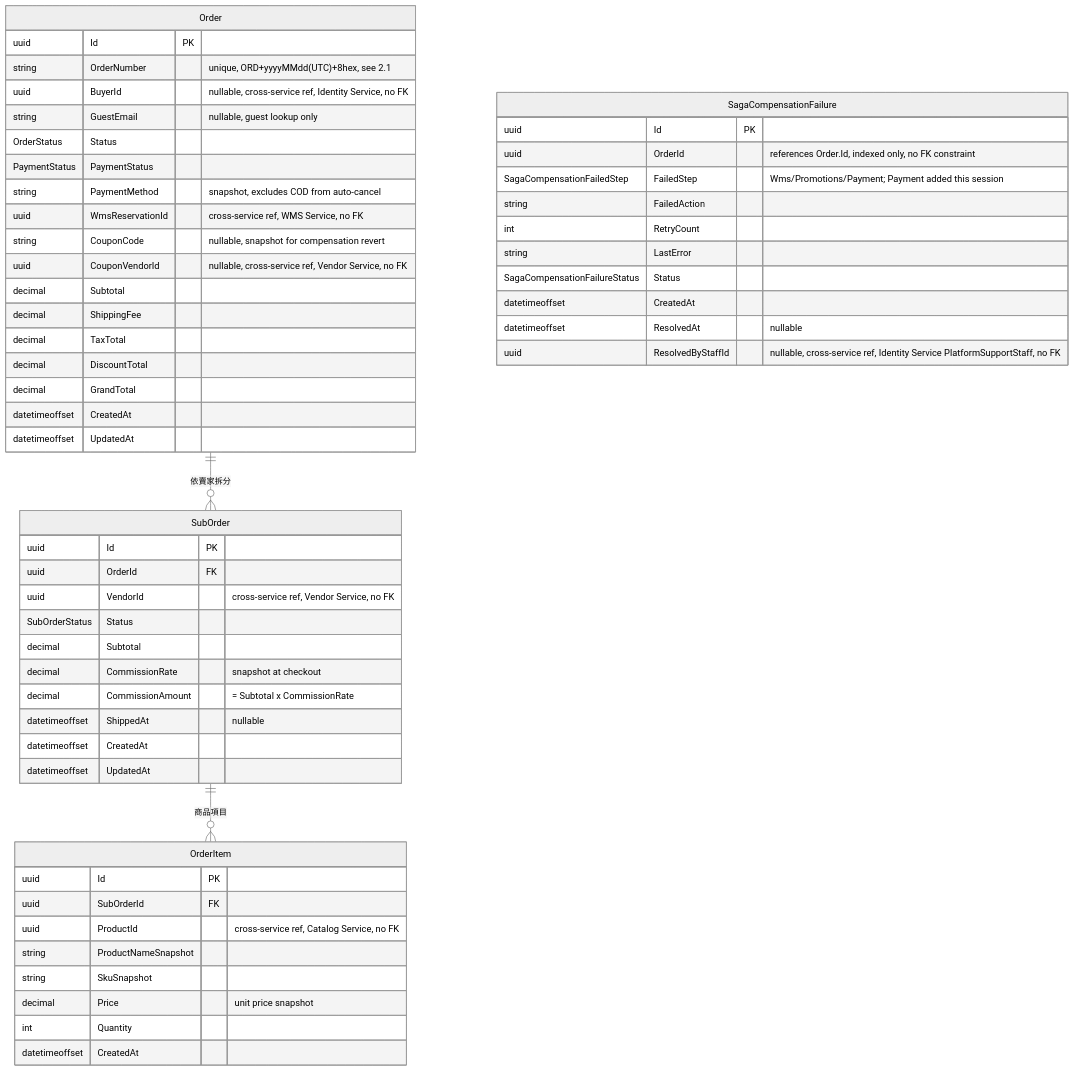
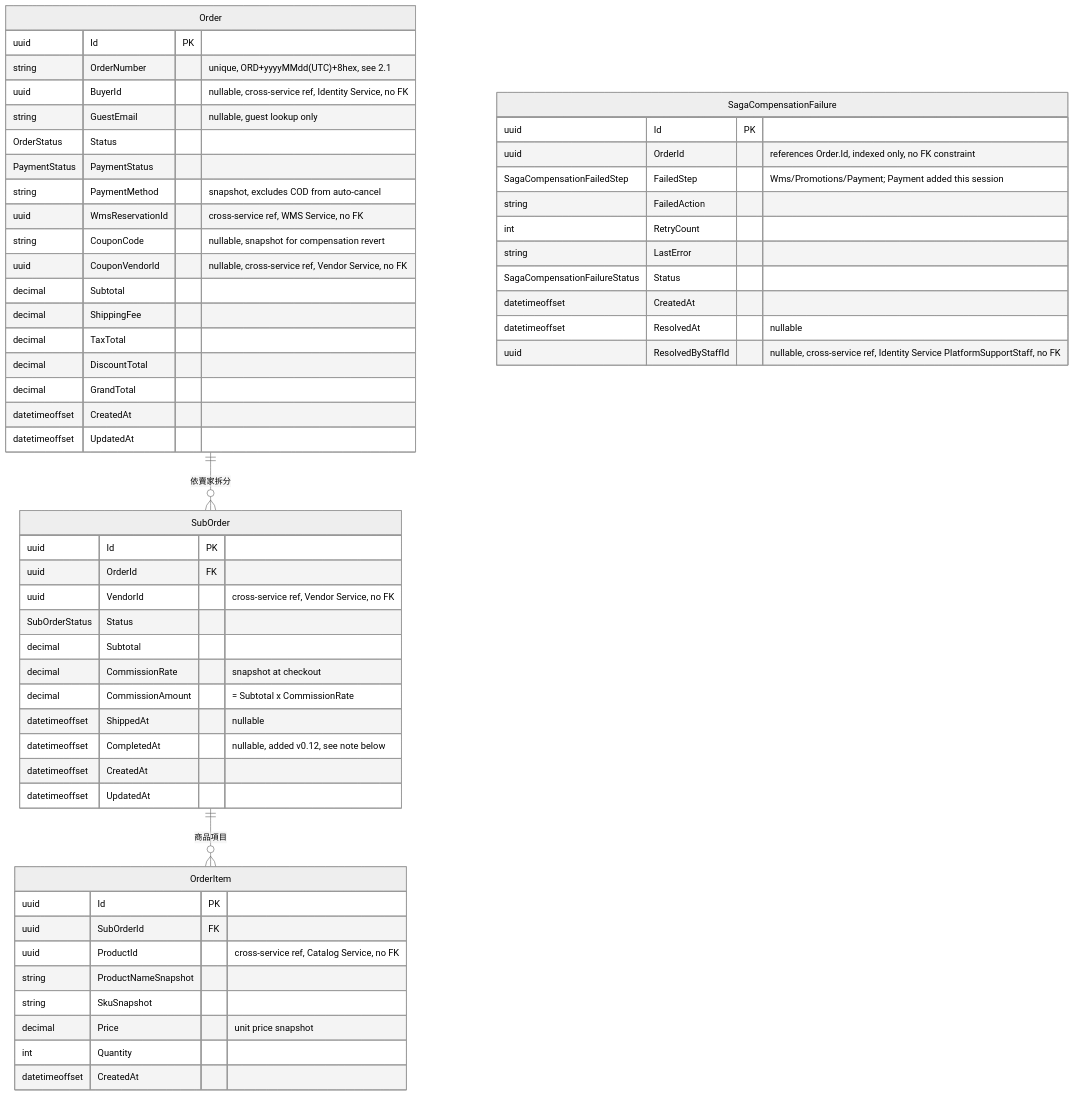
One commit to roycecole/suxo-shop-spec changed the first of 2 diagrams in docs/17-service-order.md. Above: the diagram before and after it, drawn with Mermaid (neutral theme). The commit also changed other lines of this file and 2 other files, not shown here.

````diff
--- a/docs/17-service-order.md
+++ b/docs/17-service-order.md
@@ -46,59 +47,60 @@
 ```mermaid
 erDiagram
     Order ||--o{ SubOrder : "依賣家拆分"
     SubOrder ||--o{ OrderItem : "商品項目"
 
     Order {
         uuid Id PK
         string OrderNumber "unique, ORD+yyyyMMdd(UTC)+8hex, see 2.1"
         uuid BuyerId "nullable, cross-service ref, Identity Service, no FK"
         string GuestEmail "nullable, guest lookup only"
         OrderStatus Status
         PaymentStatus PaymentStatus
         string PaymentMethod "snapshot, excludes COD from auto-cancel"
         uuid WmsReservationId "cross-service ref, WMS Service, no FK"
         string CouponCode "nullable, snapshot for compensation revert"
         uuid CouponVendorId "nullable, cross-service ref, Vendor Service, no FK"
         decimal Subtotal
         decimal ShippingFee
         decimal TaxTotal
         decimal DiscountTotal
         decimal GrandTotal
         datetimeoffset CreatedAt
         datetimeoffset UpdatedAt
     }
     SubOrder {
         uuid Id PK
         uuid OrderId FK
         uuid VendorId "cross-service ref, Vendor Service, no FK"
         SubOrderStatus Status
         decimal Subtotal
         decimal CommissionRate "snapshot at checkout"
         decimal CommissionAmount "= Subtotal x CommissionRate"
         datetimeoffset ShippedAt "nullable"
+        datetimeoffset CompletedAt "nullable, added v0.12, see note below"
         datetimeoffset CreatedAt
         datetimeoffset UpdatedAt
     }
     OrderItem {
         uuid Id PK
         uuid SubOrderId FK
         uuid ProductId "cross-service ref, Catalog Service, no FK"
         string ProductNameSnapshot
         string SkuSnapshot
         decimal Price "unit price snapshot"
         int Quantity
         datetimeoffset CreatedAt
     }
     SagaCompensationFailure {
         uuid Id PK
         uuid OrderId "references Order.Id, indexed only, no FK constraint"
         SagaCompensationFailedStep FailedStep "Wms/Promotions/Payment; Payment added this session"
         string FailedAction
         int RetryCount
         string LastError
         SagaCompensationFailureStatus Status
         datetimeoffset CreatedAt
         datetimeoffset ResolvedAt "nullable"
         uuid ResolvedByStaffId "nullable, cross-service ref, Identity Service PlatformSupportStaff, no FK"
     }
 ```
````
